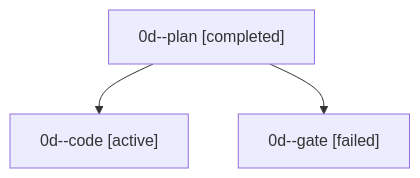
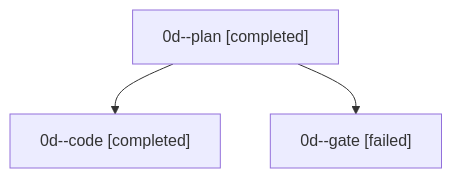
Before and after one commit to sase-org/sase--agents: the diagram in sessions/bbugyi200.apollo.0d.md, drawn with Mermaid. The commit also changed other lines of this file and 56 other files, not shown here.

````diff
--- a/sessions/bbugyi200.apollo.0d.md
+++ b/sessions/bbugyi200.apollo.0d.md
@@ -9,8 +9,8 @@
 ```mermaid
 flowchart TD
   n0["0d--plan [completed]"]
-  n1["0d--code [active]"]
+  n1["0d--code [completed]"]
   n0 --> n1
   n2["0d--gate [failed]"]
   n0 --> n2
 ```
````
